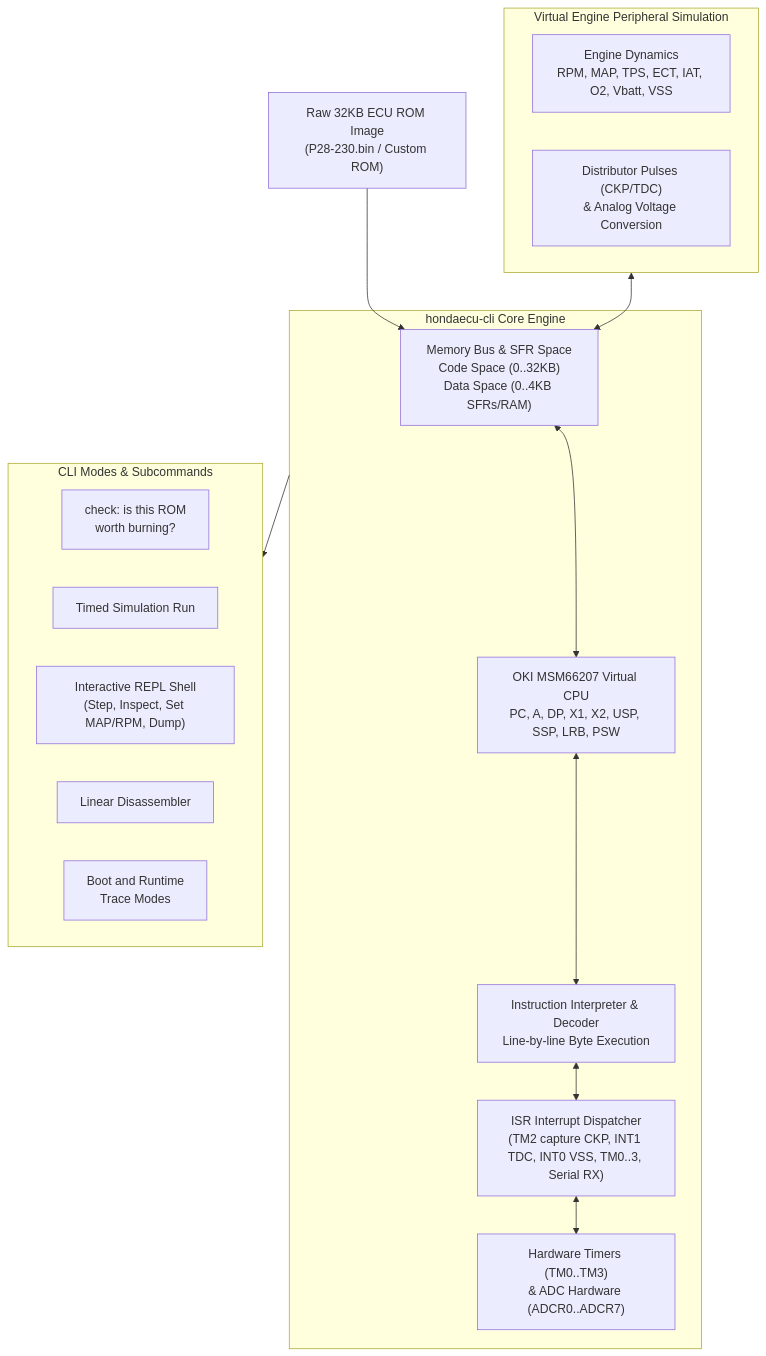
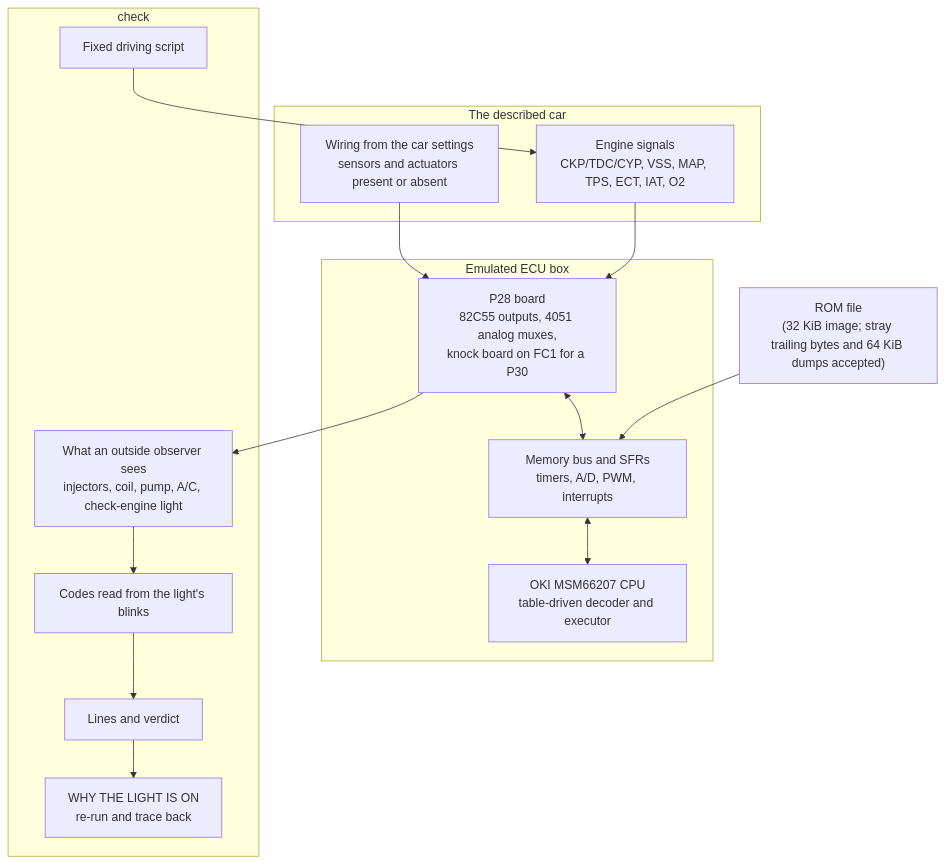
One commit to VIRUXE/hondaecu-cli changed the diagram in README.md. Above: the diagram before and after it, drawn with Mermaid. The commit also changed other lines of this file and 7 other files, not shown here.

````diff
--- a/README.md
+++ b/README.md
@@ -24,32 +828,31 @@
 ```mermaid
 flowchart TD
-    ROM["Raw 32KB ECU ROM Image<br/>(P28-230.bin / Custom ROM)"] --> Bus
-    
-    subgraph Core ["hondaecu-cli Core Engine"]
-        CPU["OKI MSM66207 Virtual CPU<br/>PC, A, DP, X1, X2, USP, SSP, LRB, PSW"]
-        Interp["Instruction Interpreter & Decoder<br/>Line-by-line Byte Execution"]
-        Bus["Memory Bus & SFR Space<br/>Code Space (0..32KB)<br/>Data Space (0..4KB SFRs/RAM)"]
-        Timers["Hardware Timers (TM0..TM3)<br/>& ADC Hardware (ADCR0..ADCR7)"]
-        ISRs["ISR Interrupt Dispatcher<br/>(TM2 capture CKP, INT1 TDC, INT0 VSS, TM0..3, Serial RX)"]
+    ROM["ROM file<br/>(32 KiB image; stray trailing bytes and 64 KiB dumps accepted)"] --> Bus
+
+    subgraph Core ["Emulated ECU box"]
+        CPU["OKI MSM66207 CPU<br/>table-driven decoder and executor"]
+        Bus["Memory bus and SFRs<br/>timers, A/D, PWM, interrupts"]
+        Board["P28 board<br/>82C55 outputs, 4051 analog muxes,<br/>knock board on FC1 for a P30"]
     end
-    
-    subgraph EngineSim ["Virtual Engine Peripheral Simulation"]
-        Engine["Engine Dynamics<br/>RPM, MAP, TPS, ECT, IAT, O2, Vbatt, VSS"]
-        Signals["Distributor Pulses (CKP/TDC)<br/>& Analog Voltage Conversion"]
+
+    subgraph Car ["The described car"]
+        Engine["Engine signals<br/>CKP/TDC/CYP, VSS, MAP, TPS, ECT, IAT, O2"]
+        Wiring["Wiring from the car settings<br/>sensors and actuators present or absent"]
     end
-    
-    subgraph Modes ["CLI Modes & Subcommands"]
-        Check["check: is this ROM<br/>worth burning?"]
-        Run["Timed Simulation Run"]
-        REPL["Interactive REPL Shell<br/>(Step, Inspect, Set MAP/RPM, Dump)"]
-        Disasm["Linear Disassembler"]
-        Trace["Boot and Runtime<br/>Trace Modes"]
+
+    subgraph Check ["check"]
+        Script["Fixed driving script"]
+        Observe["What an outside observer sees<br/>injectors, coil, pump, A/C, check-engine light"]
+        Blink["Codes read from the light's blinks"]
+        Verdict["Lines and verdict"]
+        Why["WHY THE LIGHT IS ON<br/>re-run and trace back"]
     end
 
     Bus <--> CPU
-    CPU <--> Interp
-    EngineSim <--> Bus
-    Interp <--> ISRs
-    ISRs <--> Timers
-    Core --> Modes
+    Board <--> Bus
+    Engine --> Board
+    Wiring --> Board
+    Script --> Engine
+    Board --> Observe --> Blink --> Verdict
+    Verdict --> Why
 ```
````
